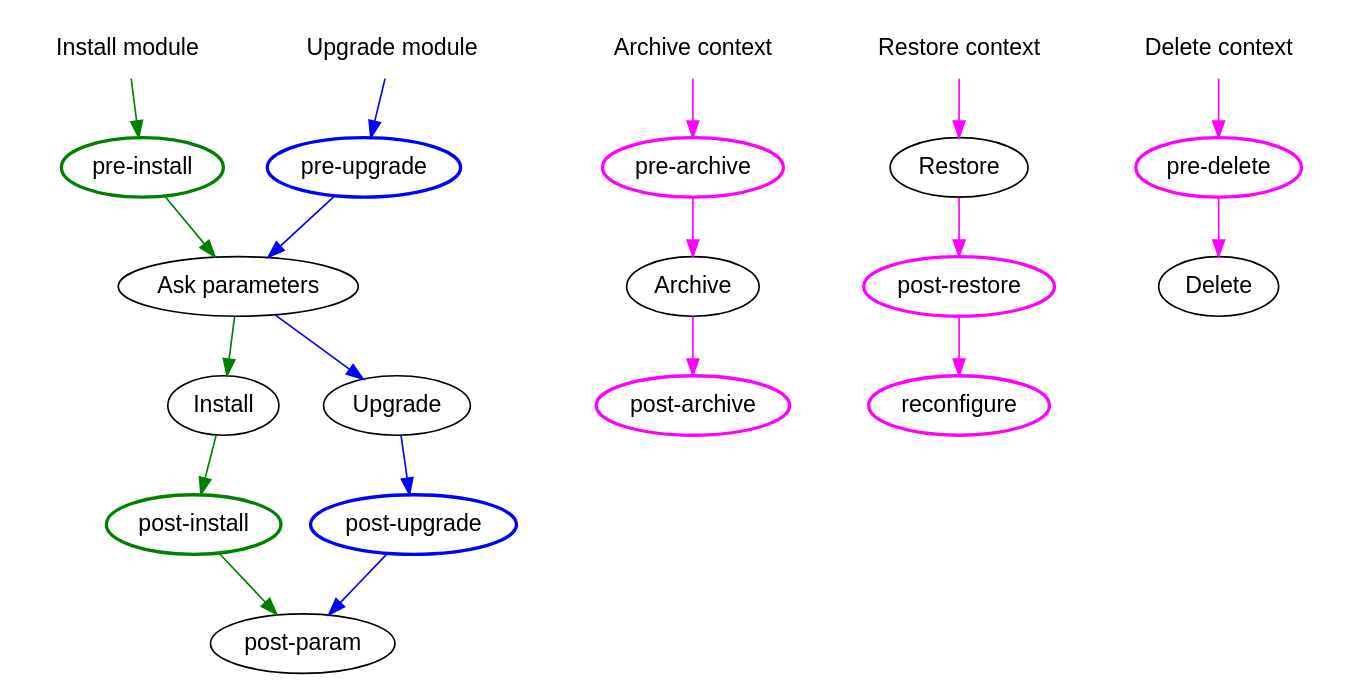
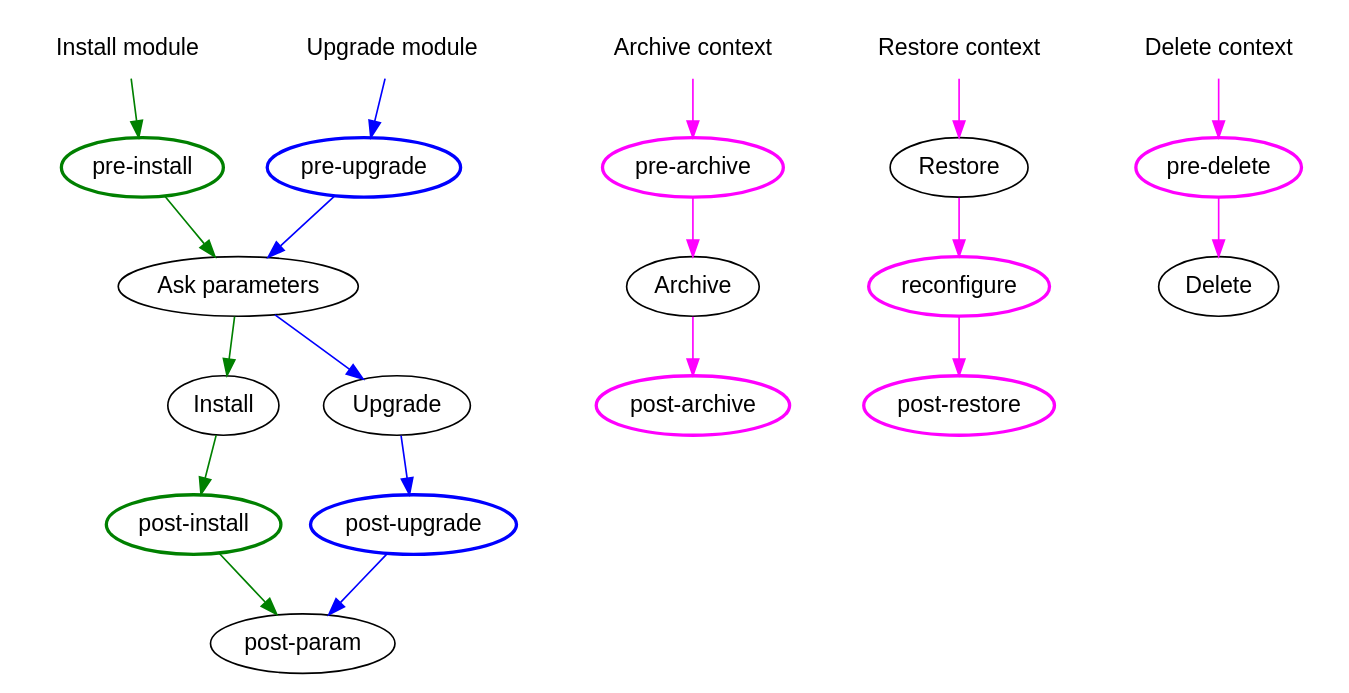
Before and after one commit to MYCreates/dynacase-doc-platform-operating-manual: the diagram in Contents/images/module-install-upgrade-workflow.dot, drawn with Graphviz. The commit also changed 1 other file, not shown here.

Commit message:
fix(control): 'reconfigure' is executed before 'post-restore' (refs #5373)
Correct the documentation to reflect what is effectively done by the
code.

The documentation said that 'reconfigure' was executed after
'post-restore', while the code effectively execute 'reconfigure' before
'post-restore'.

```diff
--- a/Contents/images/module-install-upgrade-workflow.dot
+++ b/Contents/images/module-install-upgrade-workflow.dot
@@ -1,52 +1,52 @@
 digraph D {
 	node [fontname="Liberation Sans"];
 
 // Install module
 
 	"start-install" [label="Install module",style=filled,color=transparent,fillcolor=transparent];
 	"pre-install" [style=bold,color=green];
 	"post-install" [style=bold,color=green];
 	{
 		edge [color=green];
 		"start-install" -> "pre-install" -> "Ask parameters" -> "Install" -> "post-install" -> "post-param";
 	}
 
 // Upgrade module
 
 	"start-upgrade" [label="Upgrade module",style=filled,color=transparent,fillcolor=transparent];
 	"pre-upgrade" [style=bold,color=blue];
 	"post-upgrade" [style=bold,color=blue];
 	{
 		edge [color=blue];
 		"start-upgrade" -> "pre-upgrade" -> "Ask parameters" -> "Upgrade" -> "post-upgrade" -> "post-param";
 	}
 
 // Archive context
 
 	"start-archive" [label="Archive context",style=filled,color=transparent,fillcolor=transparent];
 	"pre-archive" [style=bold,color=magenta];
 	"post-archive" [style=bold,color=magenta];
 	{
 		edge [color=magenta];
 		"start-archive" -> "pre-archive" -> "Archive" -> "post-archive";
 	}
 
 // Restore context
 
 	"start-restore" [label="Restore context",style=filled,color=transparent,fillcolor=transparent];
+	"reconfigure" [style=bold,color=magenta];
 	"post-restore" [style=bold,color=magenta];
-	"reconfigure" [style=bold,color=magenta];
 	{
 		edge [color=magenta];
-		"start-restore" -> "Restore" -> "post-restore" -> "reconfigure";
+		"start-restore" -> "Restore" -> "reconfigure" -> "post-restore";
 	}
 
 // Delete context
 
 	"start-delete" [label="Delete context",style=filled,color=transparent,fillcolor=transparent];
 	"pre-delete" [style=bold,color=magenta];
 	{
 		edge [color=magenta];
 		"start-delete" -> "pre-delete" -> "Delete";
 	}
 }
```
